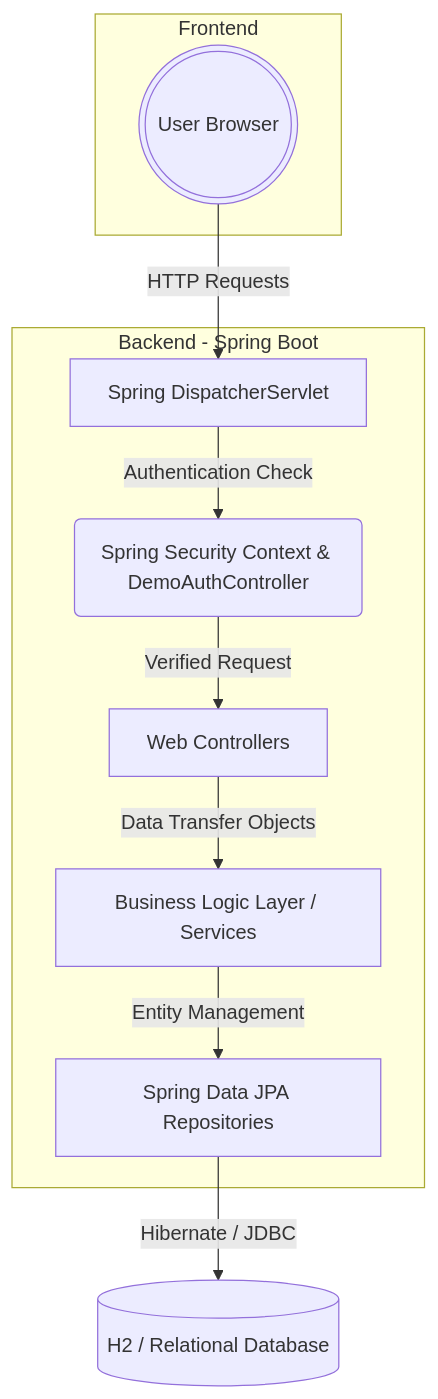
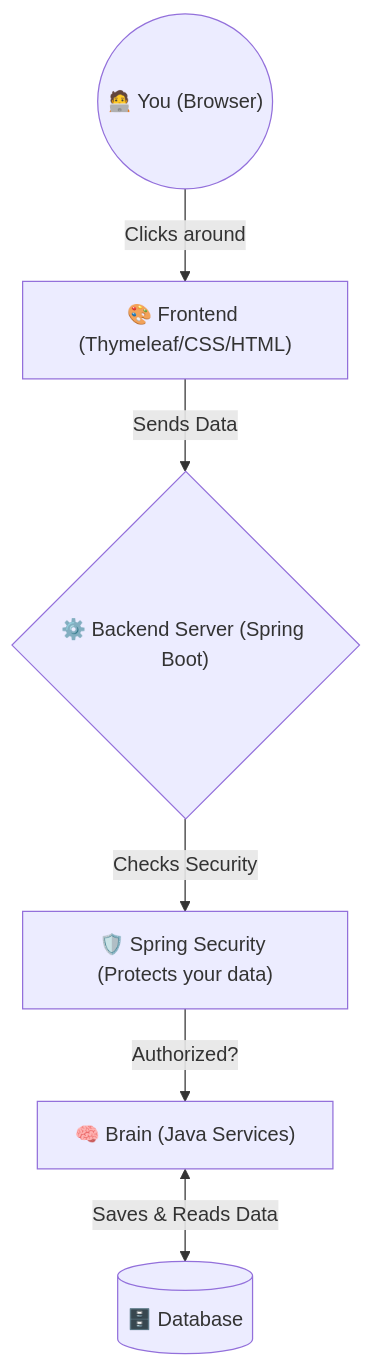
The first of 2 diagrams in README.md (Ayushnot41/hotel-reservation-system), drawn with Mermaid before and after one commit. The commit also changed other lines of this file, not shown here.

Commit message:
docs: Added comprehensive A-Z features list, system architecture diagrams via Mermaid, OTP authentication flowcharts, and simple terminology for beginner understandability

````diff
--- a/README.md
+++ b/README.md
@@ -16,21 +32,8 @@
 ```mermaid
 graph TD;
-    Client(((User Browser))) -->|HTTP Requests| FrontController[Spring DispatcherServlet]
-    FrontController -->|Authentication Check| Security(Spring Security Context & DemoAuthController)
-    Security -->|Verified Request| WebControllers[Web Controllers]
-    WebControllers -->|Data Transfer Objects| Services[Business Logic Layer / Services]
-    Services -->|Entity Management| Persistence[Spring Data JPA Repositories]
-    Persistence -->|Hibernate / JDBC| Database[(H2 / Relational Database)]
-    
-    subgraph Frontend
-        Client
-    end
-    
-    subgraph Backend - Spring Boot
-        FrontController
-        Security
-        WebControllers
-        Services
-        Persistence
-    end
+    User(("🧑‍💻 You (Browser)")) -->|Clicks around| Frontend["🎨 Frontend (Thymeleaf/CSS/HTML)"]
+    Frontend -->|Sends Data| Backend{"⚙️ Backend Server (Spring Boot)"}
+    Backend -->|Checks Security| Security["🛡️ Spring Security (Protects your data)"]
+    Security -->|Authorized?| Logic["🧠 Brain (Java Services)"]
+    Logic <-->|Saves & Reads Data| Database[(🗄️ Database)]
 ```
````
